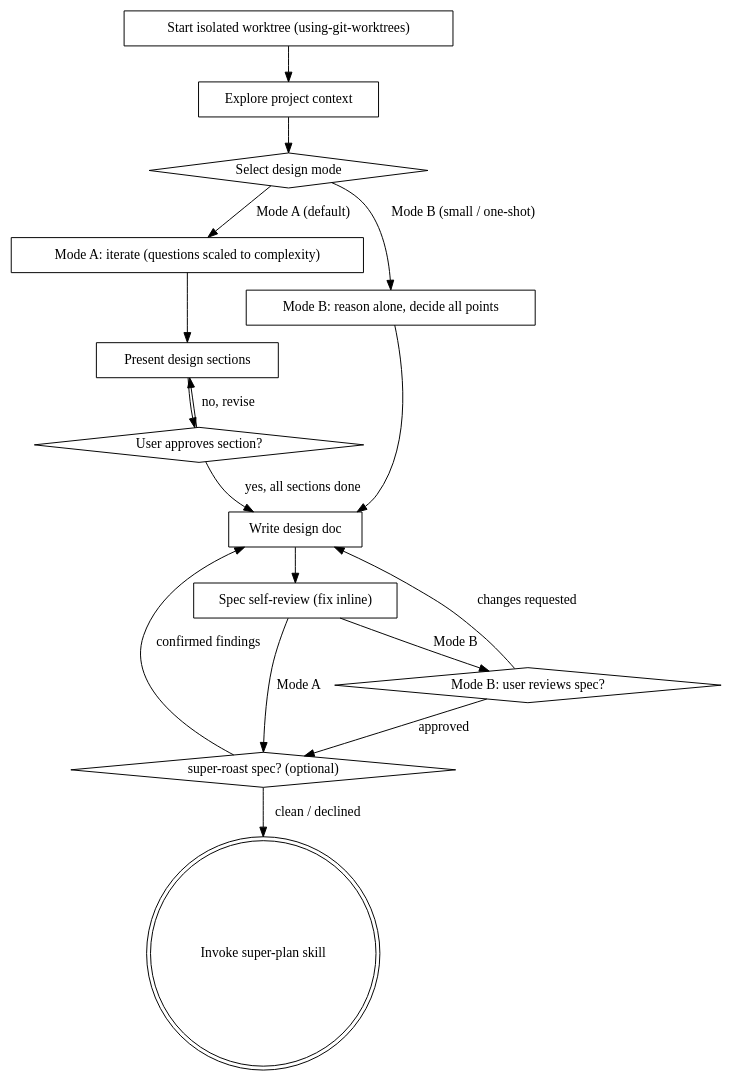
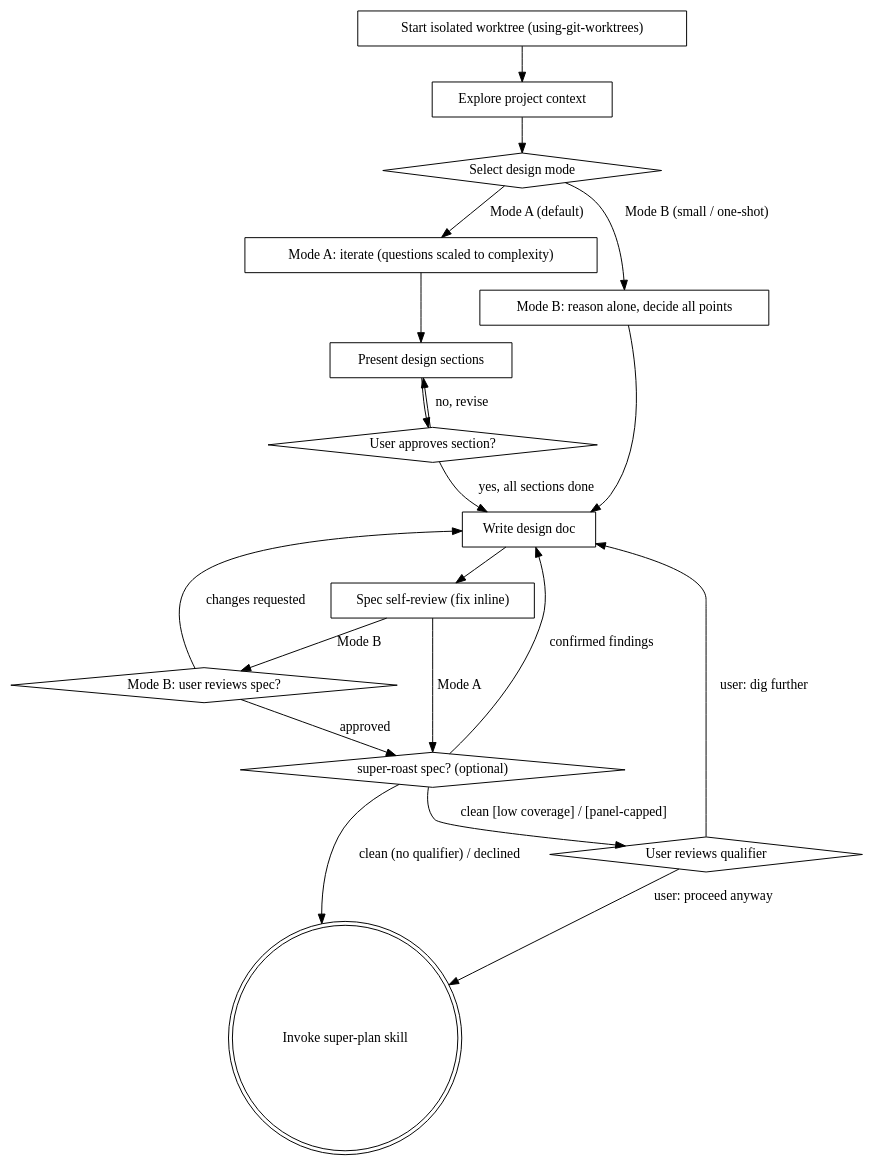
Before and after one commit to alepar/superpowers: the diagram in skills/brainstorming/SKILL.md, drawn with Graphviz. The commit also changed other lines of this file and 1 other file, not shown here.

Commit message:
fix(super-roast): brainstorming must not auto-proceed on low-coverage/panel-capped clean verdicts; align SKILL.md report format with reporter-prompt.md

````diff
--- a/skills/brainstorming/SKILL.md
+++ b/skills/brainstorming/SKILL.md
@@ -62,33 +62,37 @@
 ```dot
 digraph brainstorming {
     "Start isolated worktree (using-git-worktrees)" [shape=box];
     "Explore project context" [shape=box];
     "Select design mode" [shape=diamond];
     "Mode A: iterate (questions scaled to complexity)" [shape=box];
     "Mode B: reason alone, decide all points" [shape=box];
     "Present design sections" [shape=box];
     "User approves section?" [shape=diamond];
     "Write design doc" [shape=box];
     "Spec self-review (fix inline)" [shape=box];
     "super-roast spec? (optional)" [shape=diamond];
+    "User reviews qualifier" [shape=diamond];
     "Mode B: user reviews spec?" [shape=diamond];
     "Invoke super-plan skill" [shape=doublecircle];
 
     "Start isolated worktree (using-git-worktrees)" -> "Explore project context";
     "Explore project context" -> "Select design mode";
     "Select design mode" -> "Mode A: iterate (questions scaled to complexity)" [label="Mode A (default)"];
     "Select design mode" -> "Mode B: reason alone, decide all points" [label="Mode B (small / one-shot)"];
     "Mode A: iterate (questions scaled to complexity)" -> "Present design sections";
     "Present design sections" -> "User approves section?";
     "User approves section?" -> "Present design sections" [label="no, revise"];
     "User approves section?" -> "Write design doc" [label="yes, all sections done"];
     "Mode B: reason alone, decide all points" -> "Write design doc";
     "Write design doc" -> "Spec self-review (fix inline)";
     "Spec self-review (fix inline)" -> "super-roast spec? (optional)" [label="Mode A"];
     "Spec self-review (fix inline)" -> "Mode B: user reviews spec?" [label="Mode B"];
     "Mode B: user reviews spec?" -> "Write design doc" [label="changes requested"];
     "Mode B: user reviews spec?" -> "super-roast spec? (optional)" [label="approved"];
     "super-roast spec? (optional)" -> "Write design doc" [label="confirmed findings"];
-    "super-roast spec? (optional)" -> "Invoke super-plan skill" [label="clean / declined"];
+    "super-roast spec? (optional)" -> "User reviews qualifier" [label="clean [low coverage] / [panel-capped]"];
+    "super-roast spec? (optional)" -> "Invoke super-plan skill" [label="clean (no qualifier) / declined"];
+    "User reviews qualifier" -> "Invoke super-plan skill" [label="user: proceed anyway"];
+    "User reviews qualifier" -> "Write design doc" [label="user: dig further"];
 }
 ```
````
